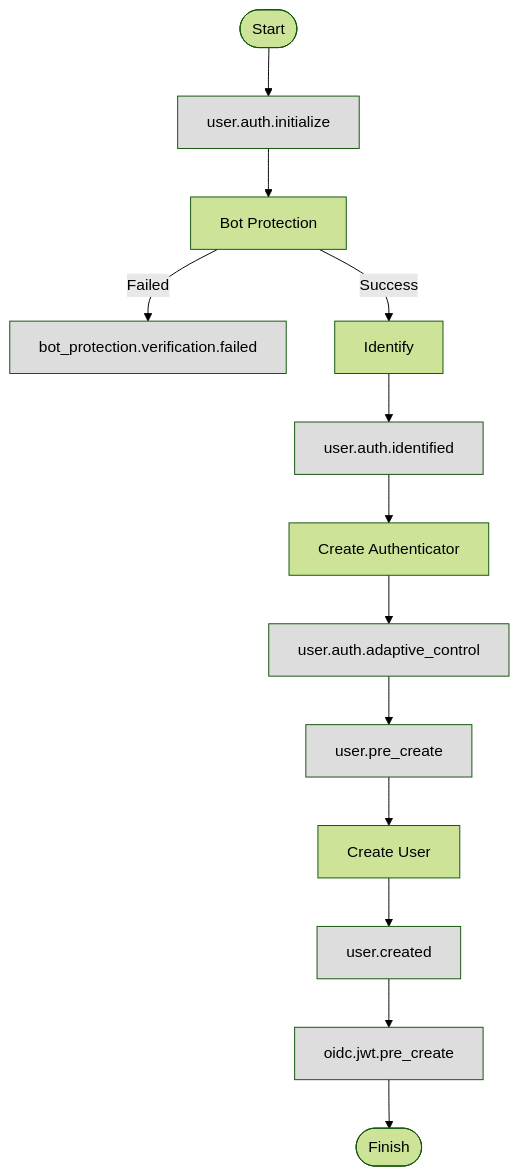
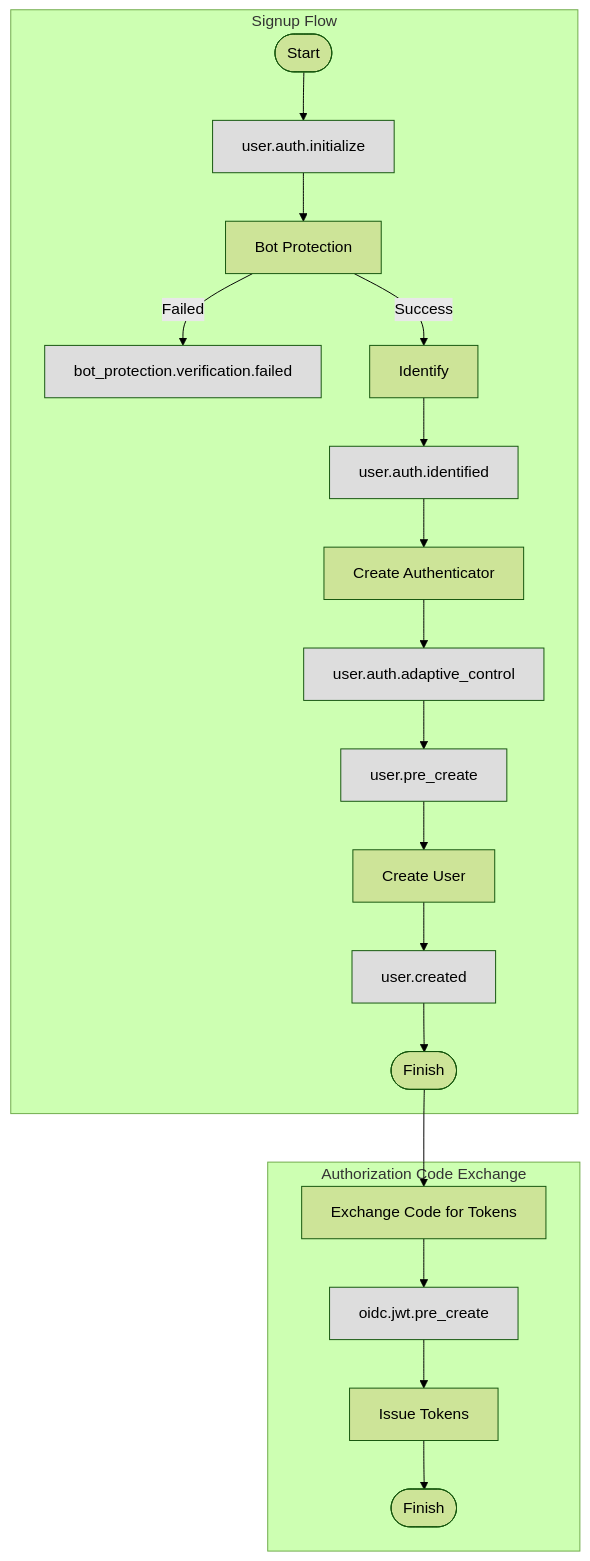
The third of 4 diagrams in docs/specs/event.md (authgear/authgear-server), drawn with Mermaid (forest theme) before and after one commit. The commit also changed other lines of this file, not shown here.

Commit message:
Add a diagram to document all events triggered during login

````diff
--- a/docs/specs/event.md
+++ b/docs/specs/event.md
@@ -947,18 +947,28 @@
 ```mermaid
 flowchart TD
-    Start([Start]) --> UserAuthInitialize[user.auth.initialize]
-    UserAuthInitialize --> BotProtection[Bot Protection]
-    BotProtection -- "Failed" --> BotProtectionFailed[bot_protection.verification.failed]
-    BotProtection -- "Success" --> Identify[Identify]
-    Identify --> UserAuthIdentified[user.auth.identified]
-    UserAuthIdentified --> CreateAuthenticator[Create Authenticator]
-    CreateAuthenticator --> UserAuthAdaptiveControl[user.auth.adaptive_control]
-    UserAuthAdaptiveControl --> UserPreCreate[user.pre_create]
-    UserPreCreate --> CreateUser[Create User]
-    CreateUser --> UserCreated[user.created]
-    UserCreated --> OIDCJWTPreCreate[oidc.jwt.pre_create]
-    OIDCJWTPreCreate --> Finish([Finish])
+    subgraph "Signup Flow"
+        Start([Start]) --> UserAuthInitialize[user.auth.initialize]
+        UserAuthInitialize --> BotProtection[Bot Protection]
+        BotProtection -- "Failed" --> BotProtectionFailed[bot_protection.verification.failed]
+        BotProtection -- "Success" --> Identify[Identify]
+        Identify --> UserAuthIdentified[user.auth.identified]
+        UserAuthIdentified --> CreateAuthenticator[Create Authenticator]
+        CreateAuthenticator --> UserAuthAdaptiveControl[user.auth.adaptive_control]
+        UserAuthAdaptiveControl --> UserPreCreate[user.pre_create]
+        UserPreCreate --> CreateUser[Create User]
+        CreateUser --> UserCreated[user.created]
+        UserCreated --> FinishSignup([Finish])
+    end
+
+    subgraph "Authorization Code Exchange"
+        ExchangeCode[Exchange Code for Tokens]
+        ExchangeCode --> OIDCJWTPreCreate[oidc.jwt.pre_create]:::event
+        OIDCJWTPreCreate --> IssueTokens[Issue Tokens]
+        IssueTokens --> FinishAuthCode([Finish])
+    end
+
+    FinishSignup --> ExchangeCode
 
     classDef event fill:#dddddd
     class UserAuthInitialize,BotProtectionFailed,UserAuthIdentified,UserAuthAdaptiveControl,UserPreCreate,UserCreated,OIDCJWTPreCreate event
 ```
````
